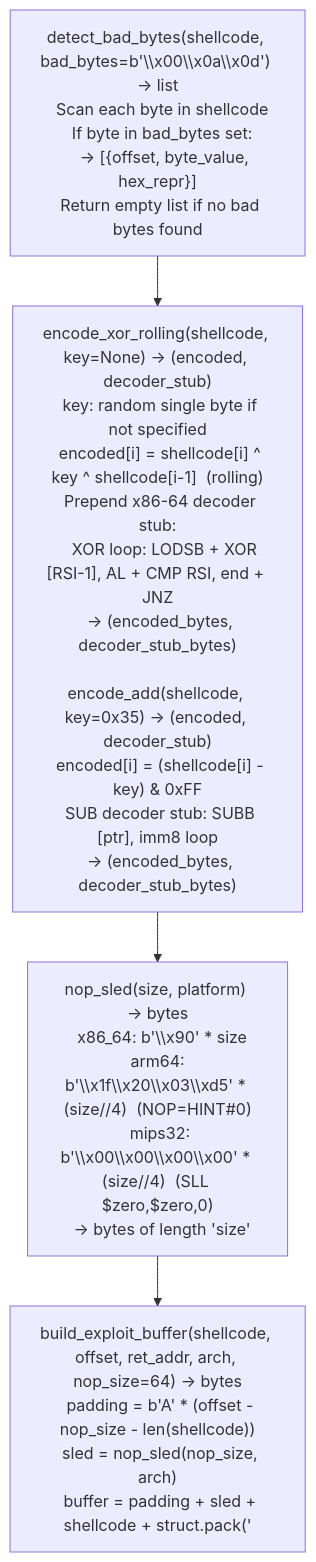
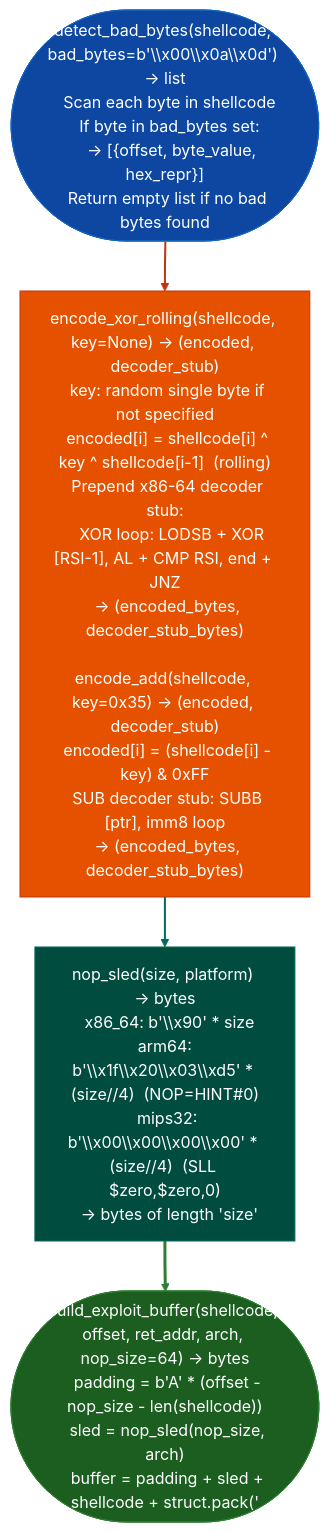
The diagram in docs/reference-modules/payload-formatting.md (Ablation-Tool/ablation), drawn with Mermaid before and after one commit. The commit also changed 320 other files, not shown here.

First line of the commit message:
docs: apply canonical Mermaid template to all 321 diagrams

````diff
--- a/docs/reference-modules/payload-formatting.md
+++ b/docs/reference-modules/payload-formatting.md
@@ -19,6 +19,15 @@
 ```mermaid
 flowchart TD
-    A["detect_bad_bytes(shellcode, bad_bytes=b'\\x00\\x0a\\x0d') → list\n  Scan each byte in shellcode\n  If byte in bad_bytes set:\n    → [{offset, byte_value, hex_repr}]\n  Return empty list if no bad bytes found"] --> B["encode_xor_rolling(shellcode, key=None) → (encoded, decoder_stub)\n  key: random single byte if not specified\n  encoded[i] = shellcode[i] ^ key ^ shellcode[i-1]  (rolling)\n  Prepend x86-64 decoder stub:\n    XOR loop: LODSB + XOR [RSI-1], AL + CMP RSI, end + JNZ\n  → (encoded_bytes, decoder_stub_bytes)\n\nencode_add(shellcode, key=0x35) → (encoded, decoder_stub)\n  encoded[i] = (shellcode[i] - key) & 0xFF\n  SUB decoder stub: SUBB [ptr], imm8 loop\n  → (encoded_bytes, decoder_stub_bytes)"]
-    B --> C["nop_sled(size, platform) → bytes\n  x86_64: b'\\x90' * size\n  arm64:  b'\\x1f\\x20\\x03\\xd5' * (size//4)  (NOP=HINT#0)\n  mips32: b'\\x00\\x00\\x00\\x00' * (size//4)  (SLL $zero,$zero,0)\n  → bytes of length 'size'"]
-    C --> D["build_exploit_buffer(shellcode, offset, ret_addr, arch, nop_size=64) → bytes\n  padding = b'A' * (offset - nop_size - len(shellcode))\n  sled = nop_sled(nop_size, arch)\n  buffer = padding + sled + shellcode + struct.pack('<Q', ret_addr) * 8\n  → bytes of length offset + 8+\n\nshellcode_length(shellcode) → dict\n  → {total, sections: {nop_sled, shellcode, padding, ret_addr}}"]
+    A(["detect_bad_bytes(shellcode, bad_bytes=b'\\x00\\x0a\\x0d') → list\n  Scan each byte in shellcode\n  If byte in bad_bytes set:\n    → [{offset, byte_value, hex_repr}]\n  Return empty list if no bad bytes found"]):::input --> B["encode_xor_rolling(shellcode, key=None) → (encoded, decoder_stub)\n  key: random single byte if not specified\n  encoded[i] = shellcode[i] ^ key ^ shellcode[i-1]  (rolling)\n  Prepend x86-64 decoder stub:\n    XOR loop: LODSB + XOR [RSI-1], AL + CMP RSI, end + JNZ\n  → (encoded_bytes, decoder_stub_bytes)\n\nencode_add(shellcode, key=0x35) → (encoded, decoder_stub)\n  encoded[i] = (shellcode[i] - key) & 0xFF\n  SUB decoder stub: SUBB [ptr], imm8 loop\n  → (encoded_bytes, decoder_stub_bytes)"]:::primary
+    B:::primary --> C["nop_sled(size, platform) → bytes\n  x86_64: b'\\x90' * size\n  arm64:  b'\\x1f\\x20\\x03\\xd5' * (size//4)  (NOP=HINT#0)\n  mips32: b'\\x00\\x00\\x00\\x00' * (size//4)  (SLL $zero,$zero,0)\n  → bytes of length 'size'"]:::secondary
+    C:::secondary --> D(["build_exploit_buffer(shellcode, offset, ret_addr, arch, nop_size=64) → bytes\n  padding = b'A' * (offset - nop_size - len(shellcode))\n  sled = nop_sled(nop_size, arch)\n  buffer = padding + sled + shellcode + struct.pack('<Q', ret_addr) * 8\n  → bytes of length offset + 8+\n\nshellcode_length(shellcode) → dict\n  → {total, sections: {nop_sled, shellcode, padding, ret_addr}}"]):::output
+    classDef input     fill:#0d47a1,stroke:#1565c0,color:#fff
+    classDef primary   fill:#e65100,stroke:#bf360c,color:#fff
+    classDef secondary fill:#004d40,stroke:#00695c,color:#fff
+    classDef tertiary  fill:#4a148c,stroke:#6a1b9a,color:#fff
+    classDef neutral   fill:#37474f,stroke:#546e7a,color:#fff
+    classDef output    fill:#1b5e20,stroke:#2e7d32,color:#fff
+    linkStyle 0 stroke:#bf360c,stroke-width:2px
+    linkStyle 1 stroke:#00695c,stroke-width:2px
+    linkStyle 2 stroke:#2e7d32,stroke-width:3px
 ```
````
